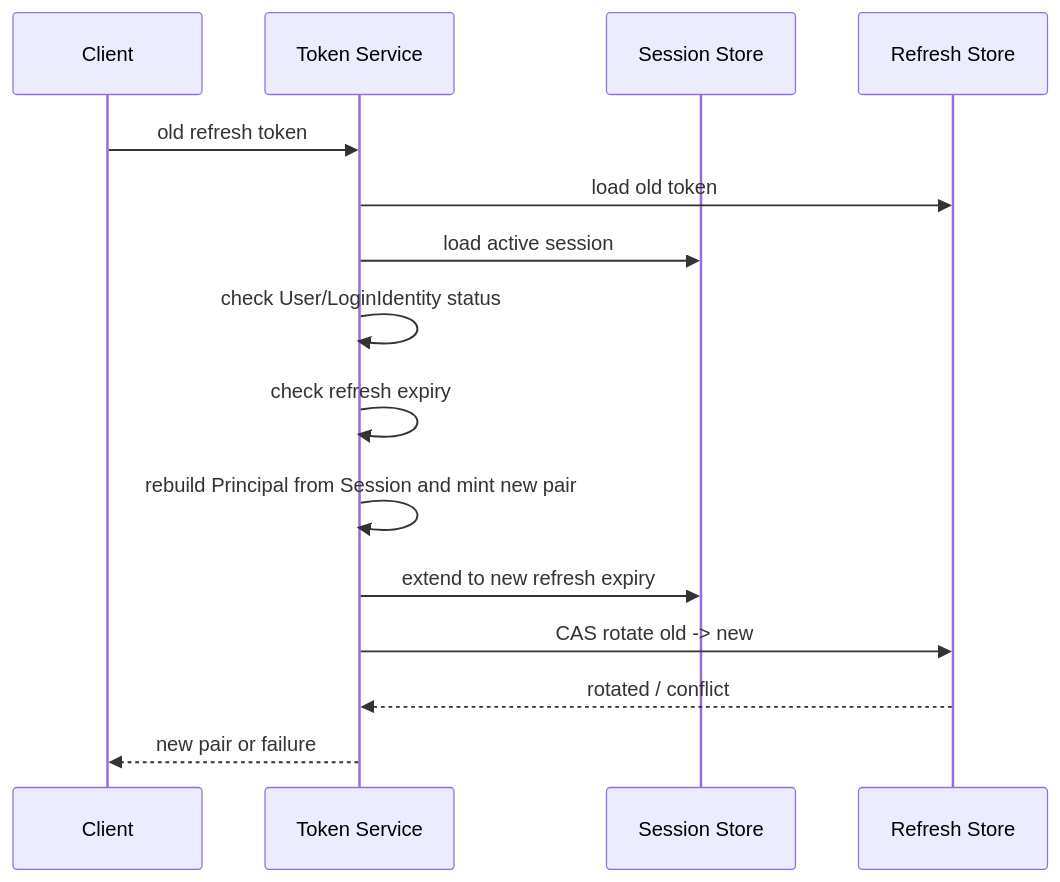
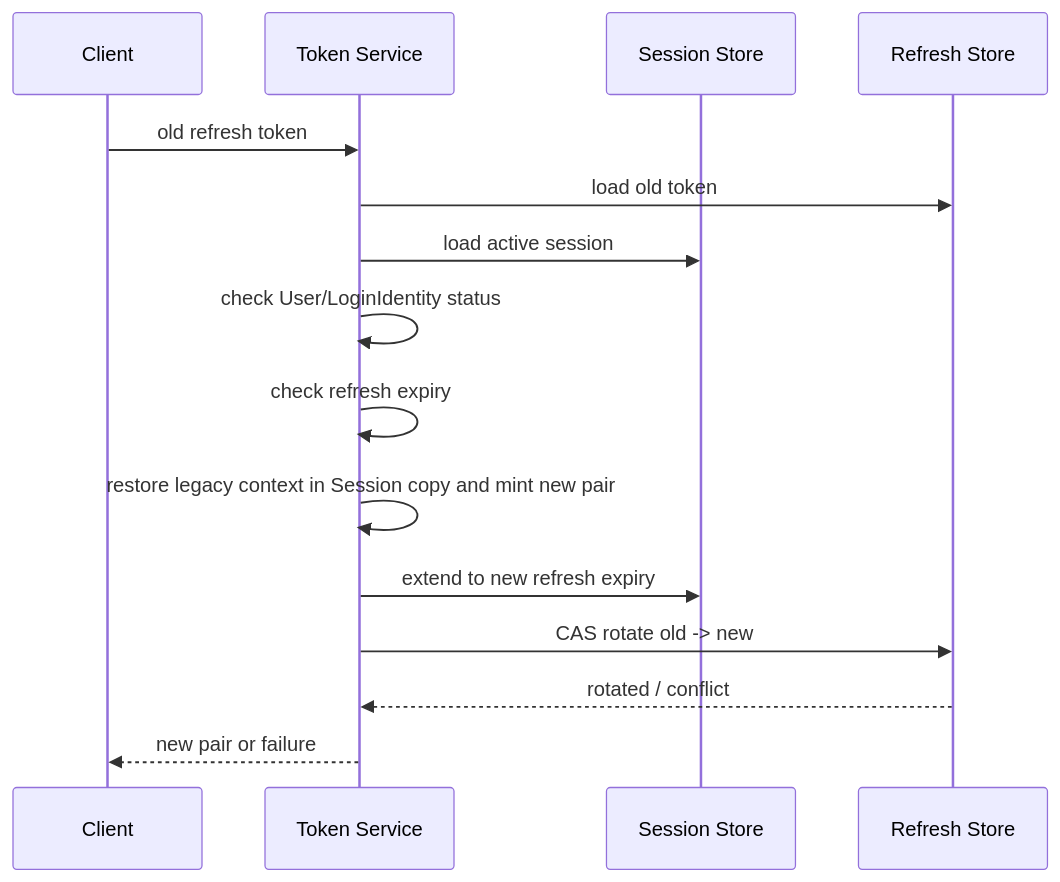
Before and after one commit to FangcunMount/iam-contracts: the diagram in docs/02-业务模块/02-AuthN/03-Session-Token与JWKS.md, drawn with Mermaid. The commit also changed other lines of this file and 39 other files, not shown here.

````diff
--- a/docs/02-业务模块/02-AuthN/03-Session-Token与JWKS.md
+++ b/docs/02-业务模块/02-AuthN/03-Session-Token与JWKS.md
@@ -84,17 +84,17 @@
 ```mermaid
 sequenceDiagram
     participant C as Client
     participant T as Token Service
     participant S as Session Store
     participant R as Refresh Store
     C->>T: old refresh token
     T->>R: load old token
     T->>S: load active session
     T->>T: check User/LoginIdentity status
     T->>T: check refresh expiry
-    T->>T: rebuild Principal from Session and mint new pair
+    T->>T: restore legacy context in Session copy and mint new pair
     T->>S: extend to new refresh expiry
     T->>R: CAS rotate old -> new
     R-->>T: rotated / conflict
     T-->>C: new pair or failure
 ```
````
